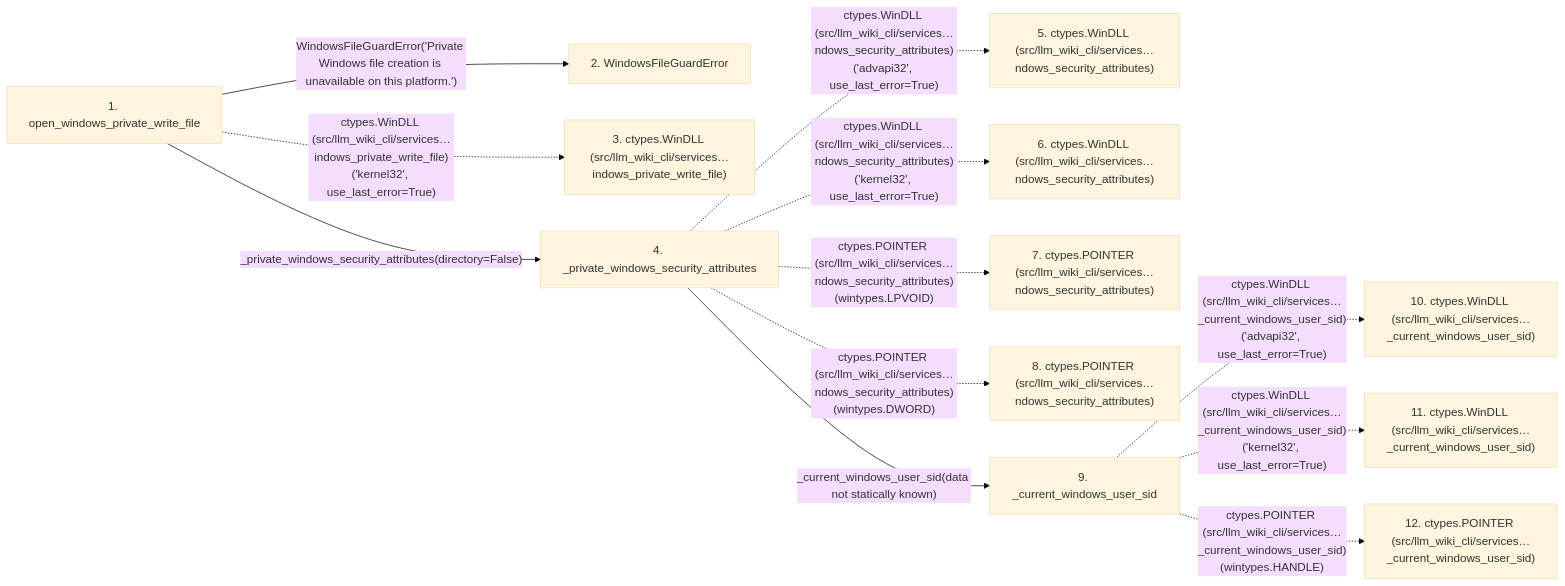
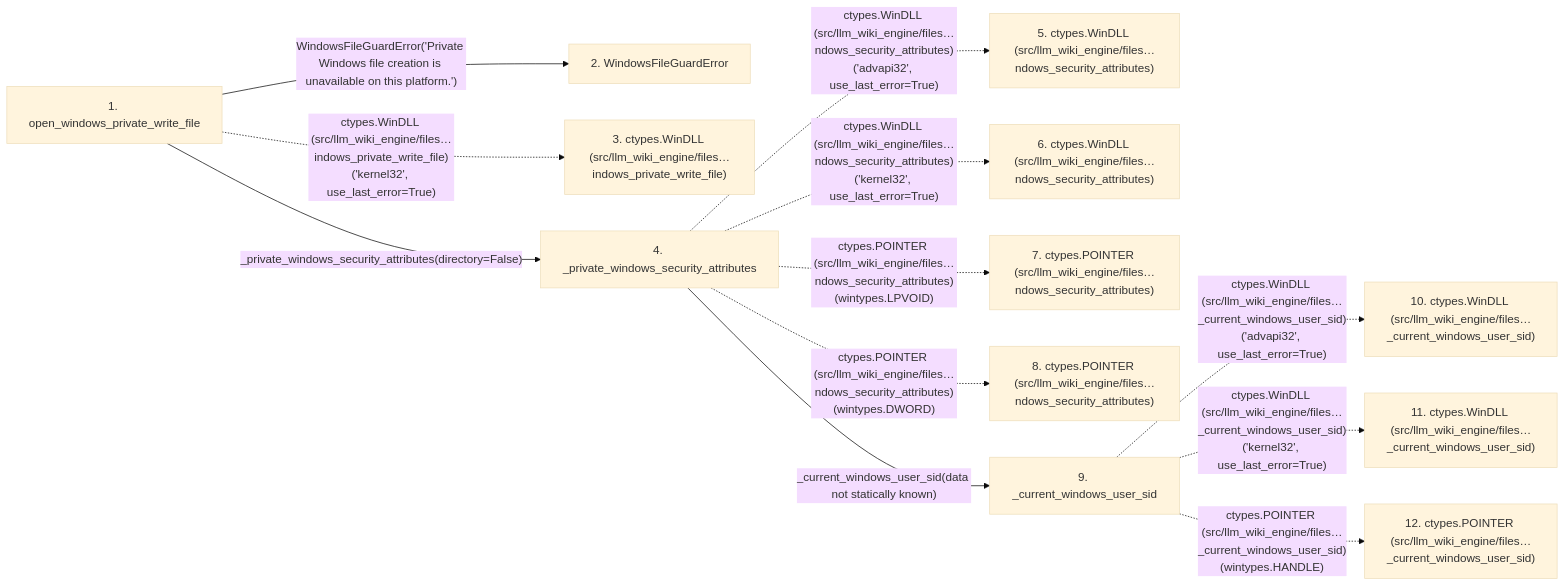
Before and after one commit to Denissvgn/python-wiki-llm: the second of 2 diagrams in docs/llm_wiki/flows/api-open_windows_private_write_file.md, drawn with Mermaid (base theme). The commit also changed other lines of this file and 739 other files, not shown here.

First line of the commit message:
docs: refresh the wiki for the second engine batch

````diff
--- a/docs/llm_wiki/flows/api-open_windows_private_write_file.md
+++ b/docs/llm_wiki/flows/api-open_windows_private_write_file.md
@@ -123,30 +123,30 @@
 ```mermaid
 flowchart LR
     s1["1. open_windows_private_write_file"]
     s2["2. WindowsFileGuardError"]
-    s3["3. ctypes.WinDLL (src/llm_wiki_cli/services…indows_private_write_file)"]
+    s3["3. ctypes.WinDLL (src/llm_wiki_engine/files…indows_private_write_file)"]
     s4["4. _private_windows_security_attributes"]
-    s5["5. ctypes.WinDLL (src/llm_wiki_cli/services…ndows_security_attributes)"]
-    s6["6. ctypes.WinDLL (src/llm_wiki_cli/services…ndows_security_attributes)"]
-    s7["7. ctypes.POINTER (src/llm_wiki_cli/services…ndows_security_attributes)"]
-    s8["8. ctypes.POINTER (src/llm_wiki_cli/services…ndows_security_attributes)"]
+    s5["5. ctypes.WinDLL (src/llm_wiki_engine/files…ndows_security_attributes)"]
+    s6["6. ctypes.WinDLL (src/llm_wiki_engine/files…ndows_security_attributes)"]
+    s7["7. ctypes.POINTER (src/llm_wiki_engine/files…ndows_security_attributes)"]
+    s8["8. ctypes.POINTER (src/llm_wiki_engine/files…ndows_security_attributes)"]
     s9["9. _current_windows_user_sid"]
-    s10["10. ctypes.WinDLL (src/llm_wiki_cli/services…_current_windows_user_sid)"]
-    s11["11. ctypes.WinDLL (src/llm_wiki_cli/services…_current_windows_user_sid)"]
-    s12["12. ctypes.POINTER (src/llm_wiki_cli/services…_current_windows_user_sid)"]
+    s10["10. ctypes.WinDLL (src/llm_wiki_engine/files…_current_windows_user_sid)"]
+    s11["11. ctypes.WinDLL (src/llm_wiki_engine/files…_current_windows_user_sid)"]
+    s12["12. ctypes.POINTER (src/llm_wiki_engine/files…_current_windows_user_sid)"]
     s1 -->|"WindowsFileGuardError('Private Windows file creation is unavailable on this platform.')"| s2
-    s1 -. "ctypes.WinDLL (src/llm_wiki_cli/services…indows_private_write_file)('kernel32', use_last_error=True)" .-> s3
+    s1 -. "ctypes.WinDLL (src/llm_wiki_engine/files…indows_private_write_file)('kernel32', use_last_error=True)" .-> s3
     s1 -->|"_private_windows_security_attributes(directory=False)"| s4
-    s4 -. "ctypes.WinDLL (src/llm_wiki_cli/services…ndows_security_attributes)('advapi32', use_last_error=True)" .-> s5
-    s4 -. "ctypes.WinDLL (src/llm_wiki_cli/services…ndows_security_attributes)('kernel32', use_last_error=True)" .-> s6
-    s4 -. "ctypes.POINTER (src/llm_wiki_cli/services…ndows_security_attributes)(wintypes.LPVOID)" .-> s7
-    s4 -. "ctypes.POINTER (src/llm_wiki_cli/services…ndows_security_attributes)(wintypes.DWORD)" .-> s8
+    s4 -. "ctypes.WinDLL (src/llm_wiki_engine/files…ndows_security_attributes)('advapi32', use_last_error=True)" .-> s5
+    s4 -. "ctypes.WinDLL (src/llm_wiki_engine/files…ndows_security_attributes)('kernel32', use_last_error=True)" .-> s6
+    s4 -. "ctypes.POINTER (src/llm_wiki_engine/files…ndows_security_attributes)(wintypes.LPVOID)" .-> s7
+    s4 -. "ctypes.POINTER (src/llm_wiki_engine/files…ndows_security_attributes)(wintypes.DWORD)" .-> s8
     s4 -->|"_current_windows_user_sid(data not statically known)"| s9
-    s9 -. "ctypes.WinDLL (src/llm_wiki_cli/services…_current_windows_user_sid)('advapi32', use_last_error=True)" .-> s10
-    s9 -. "ctypes.WinDLL (src/llm_wiki_cli/services…_current_windows_user_sid)('kernel32', use_last_error=True)" .-> s11
-    s9 -. "ctypes.POINTER (src/llm_wiki_cli/services…_current_windows_user_sid)(wintypes.HANDLE)" .-> s12
+    s9 -. "ctypes.WinDLL (src/llm_wiki_engine/files…_current_windows_user_sid)('advapi32', use_last_error=True)" .-> s10
+    s9 -. "ctypes.WinDLL (src/llm_wiki_engine/files…_current_windows_user_sid)('kernel32', use_last_error=True)" .-> s11
+    s9 -. "ctypes.POINTER (src/llm_wiki_engine/files…_current_windows_user_sid)(wintypes.HANDLE)" .-> s12
     click s1 "../modules/filesystem_guard.md"
     click s2 "../modules/filesystem_guard.md"
     click s4 "../modules/filesystem_guard.md"
     click s9 "../modules/filesystem_guard.md"
 ```
````
